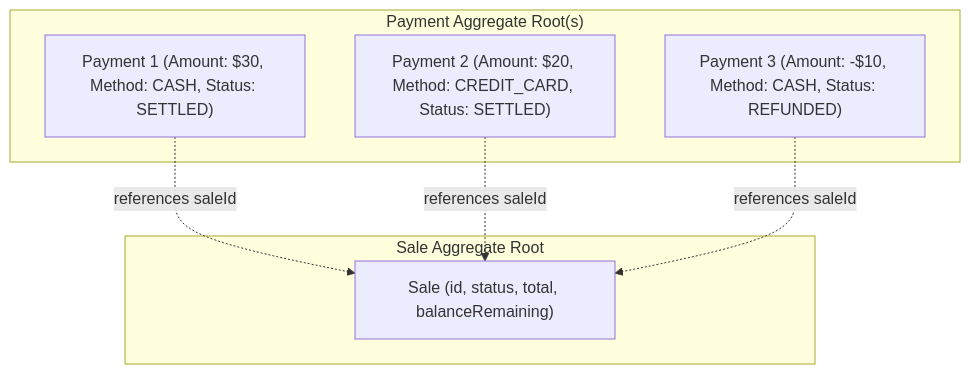
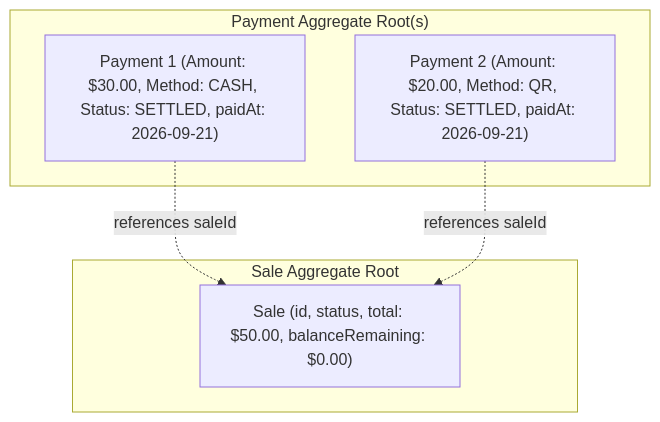
The fourth of 6 diagrams in docs/architecture/sales-payments.md (izzydin/kinergy-platform), drawn with Mermaid before and after one commit. The commit also changed other lines of this file and 10 other files, not shown here.

Commit message:
docs(sales): synchronize payment domain architecture and specifications

````diff
--- a/docs/architecture/sales-payments.md
+++ b/docs/architecture/sales-payments.md
@@ -366,16 +384,14 @@
 ```mermaid
 flowchart TD
     subgraph SaleAggregate["Sale Aggregate Root"]
-        S["Sale (id, status, total, balanceRemaining)"]
+        S["Sale (id, status, total: $50.00, balanceRemaining: $0.00)"]
     end
 
     subgraph PaymentAggregate["Payment Aggregate Root(s)"]
-        P1["Payment 1 (Amount: $30, Method: CASH, Status: SETTLED)"]
-        P2["Payment 2 (Amount: $20, Method: CREDIT_CARD, Status: SETTLED)"]
-        P3["Payment 3 (Amount: -$10, Method: CASH, Status: REFUNDED)"]
+        P1["Payment 1 (Amount: $30.00, Method: CASH, Status: SETTLED, paidAt: 2026-09-21)"]
+        P2["Payment 2 (Amount: $20.00, Method: QR, Status: SETTLED, paidAt: 2026-09-21)"]
     end
 
     P1 -.->|references saleId| S
     P2 -.->|references saleId| S
-    P3 -.->|references saleId| S
 ```
````
